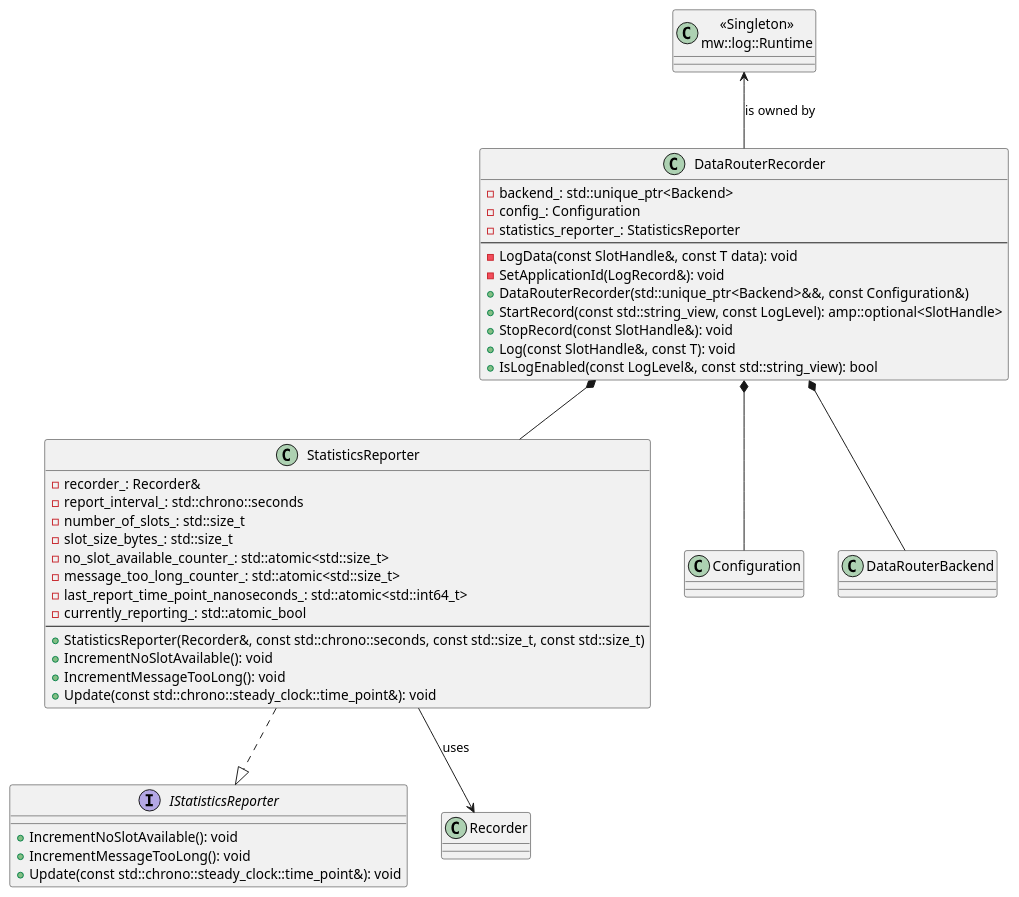
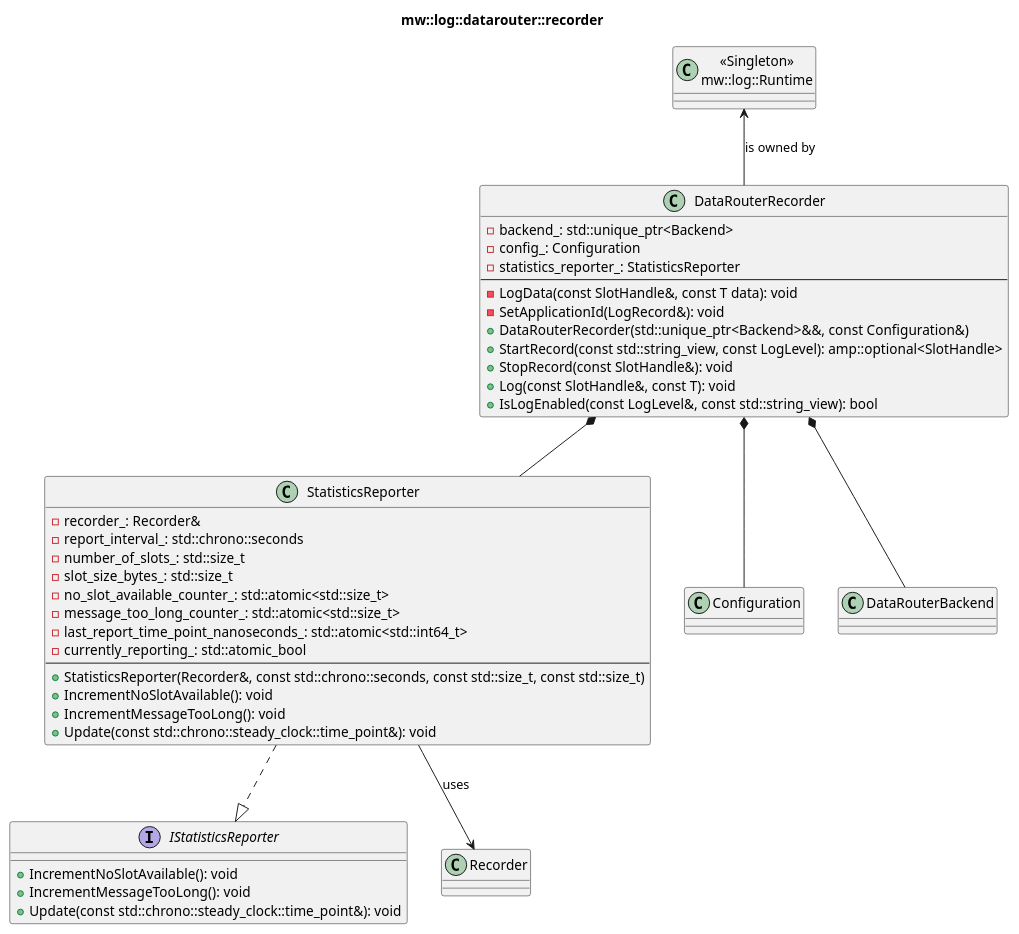
One commit to eclipse-score/inc_mw_log changed the diagram in design/mw_log_datarouter_recorder.puml. Above: the diagram before and after it, drawn with PlantUML. The commit also changed 9 other files, not shown here.

Commit message:
more diagrams

```diff
--- a/design/mw_log_datarouter_recorder.puml
+++ b/design/mw_log_datarouter_recorder.puml
@@ -1,59 +1,60 @@
 @startuml mw_log_datarouter_recorder
+title mw::log::datarouter::recorder
 
 class DataRouterRecorder {
   - backend_: std::unique_ptr<Backend>
   - config_: Configuration
   - statistics_reporter_: StatisticsReporter
   --
   - LogData(const SlotHandle&, const T data): void
   - SetApplicationId(LogRecord&): void
   + DataRouterRecorder(std::unique_ptr<Backend>&&, const Configuration&)
   + StartRecord(const std::string_view, const LogLevel): amp::optional<SlotHandle>
   + StopRecord(const SlotHandle&): void
   + Log(const SlotHandle&, const T): void
   + IsLogEnabled(const LogLevel&, const std::string_view): bool
 }
 
 class "<<Singleton>>\nmw::log::Runtime" as Runtime {
 }
 
 class StatisticsReporter {
   - recorder_: Recorder&
   - report_interval_: std::chrono::seconds
   - number_of_slots_: std::size_t
   - slot_size_bytes_: std::size_t
   - no_slot_available_counter_: std::atomic<std::size_t>
   - message_too_long_counter_: std::atomic<std::size_t>
   - last_report_time_point_nanoseconds_: std::atomic<std::int64_t>
   - currently_reporting_: std::atomic_bool
   --
   + StatisticsReporter(Recorder&, const std::chrono::seconds, const std::size_t, const std::size_t)
   + IncrementNoSlotAvailable(): void
   + IncrementMessageTooLong(): void
   + Update(const std::chrono::steady_clock::time_point&): void
 }
 
 interface IStatisticsReporter {
   + IncrementNoSlotAvailable(): void
   + IncrementMessageTooLong(): void
   + Update(const std::chrono::steady_clock::time_point&): void
 }
 
 class Configuration {
 }
 
 class DataRouterBackend {
 }
 
 class Recorder {
 }
 
 ' Relationships
 Runtime <-- DataRouterRecorder : "is owned by"
 DataRouterRecorder *-- StatisticsReporter
 DataRouterRecorder *-- Configuration
 DataRouterRecorder *-- DataRouterBackend
 StatisticsReporter ..|> IStatisticsReporter
 StatisticsReporter --> Recorder : "uses"
 
 @enduml
```
